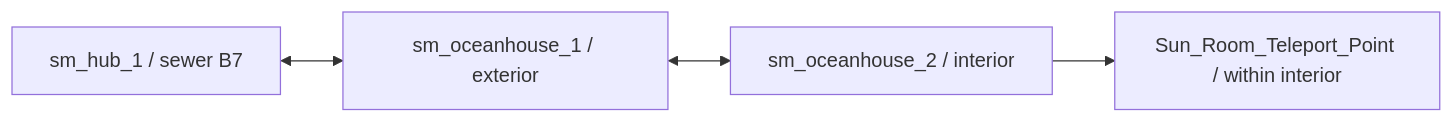
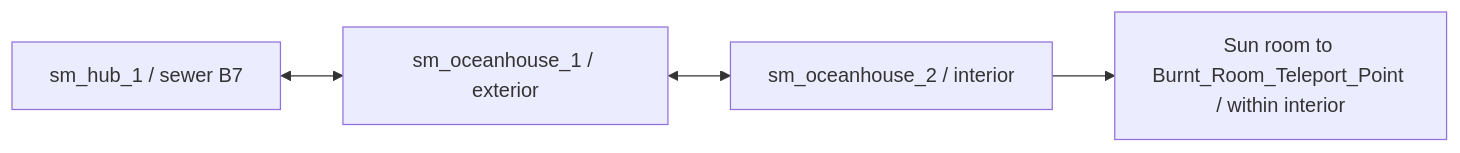
One commit to 97pkgkmn4y-code/VampireRemake-KB changed the diagram in 01_Original/Santa_Monica/Locations/oceanhouse/SM-20_Ocean_House_01_Spatial.md. Above: the diagram before and after it, drawn with Mermaid. The commit also changed other lines of this file and 6 other files, not shown here.

Commit message:
research: document Warehouse static mission flow

````diff
--- a/01_Original/Santa_Monica/Locations/oceanhouse/SM-20_Ocean_House_01_Spatial.md
+++ b/01_Original/Santa_Monica/Locations/oceanhouse/SM-20_Ocean_House_01_Spatial.md
@@ -28,6 +28,6 @@
 ```mermaid
 flowchart LR
   H[sm_hub_1 / sewer B7] <--> E[sm_oceanhouse_1 / exterior]
   E <--> I[sm_oceanhouse_2 / interior]
-  I --> T[Sun_Room_Teleport_Point / within interior]
+  I --> T[Sun room to Burnt_Room_Teleport_Point / within interior]
 ```
````
